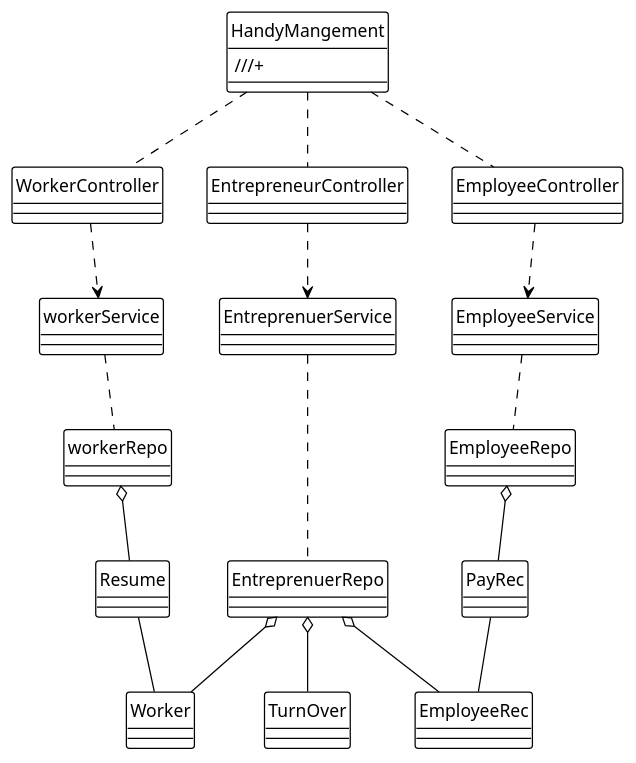
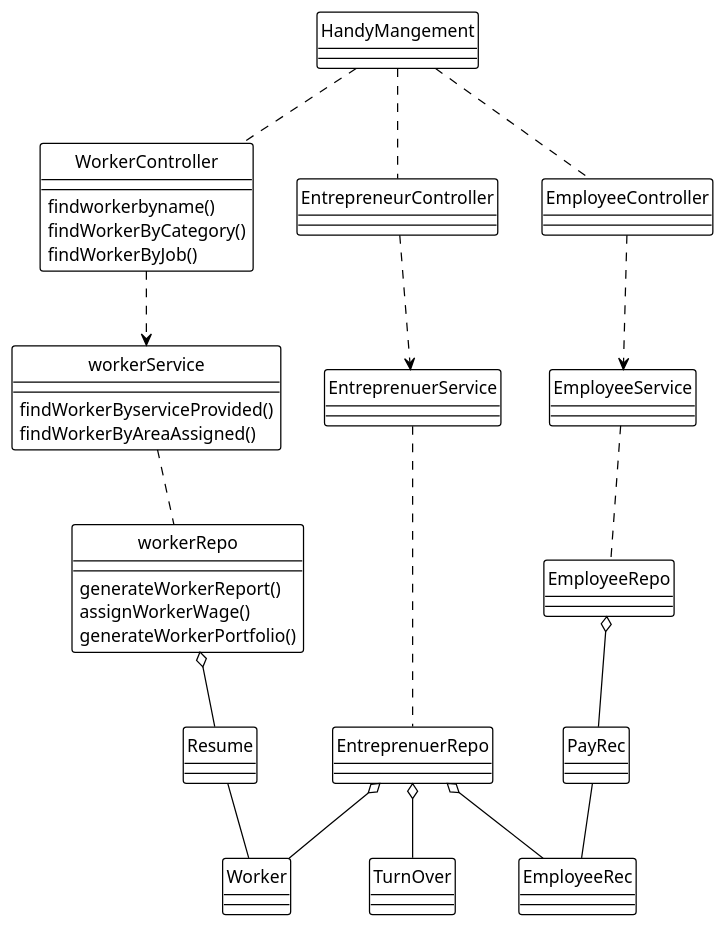
Before and after one commit to CPA-Developer/ProjectRepo: the diagram in handyManagement.puml, drawn with PlantUML.

```diff
--- a/handyManagement.puml
+++ b/handyManagement.puml
@@ -1,63 +1,75 @@
 @startuml Handy Mangement
 skinparam style Strictuml
 
 !theme plain
 
 
 class HandyMangement {
-   ///+
+
 }
 
 
 class WorkerController {
+   findworkerbyname()
+   findWorkerByCategory()
+   findWorkerByJob()
+
     
 }
 
 class EntrepreneurController {
    
 }
 
 class EmployeeController {
 
 }
 
-class workerService{}
-class workerRepo{}
+class workerService{
+   findWorkerByserviceProvided()
+   findWorkerByAreaAssigned()
+
+}
+class workerRepo{
+   generateWorkerReport()
+   assignWorkerWage()
+   generateWorkerPortfolio()
+}
 
 class EmployeeService{}
 class EmployeeRepo{}
 
 class EntreprenuerService{}
 class EntreprenuerRepo{}
 
 
 
 
 HandyMangement .. WorkerController
 HandyMangement .. EntrepreneurController
 HandyMangement .. EmployeeController
 
 
 WorkerController ..> workerService
 EntrepreneurController ..> EntreprenuerService
 EmployeeController ..> EmployeeService
 
 
 workerService .. workerRepo
 EmployeeService .. EmployeeRepo
 EntreprenuerService .. EntreprenuerRepo
 
 workerRepo o-- Resume 
 EntreprenuerRepo o--Worker 
 EntreprenuerRepo o--EmployeeRec
 EntreprenuerRepo o-- TurnOver
 EmployeeRepo o-- PayRec 
 PayRec -- EmployeeRec
 
 Resume --Worker
 
 
 
 
 
 @enduml
```
